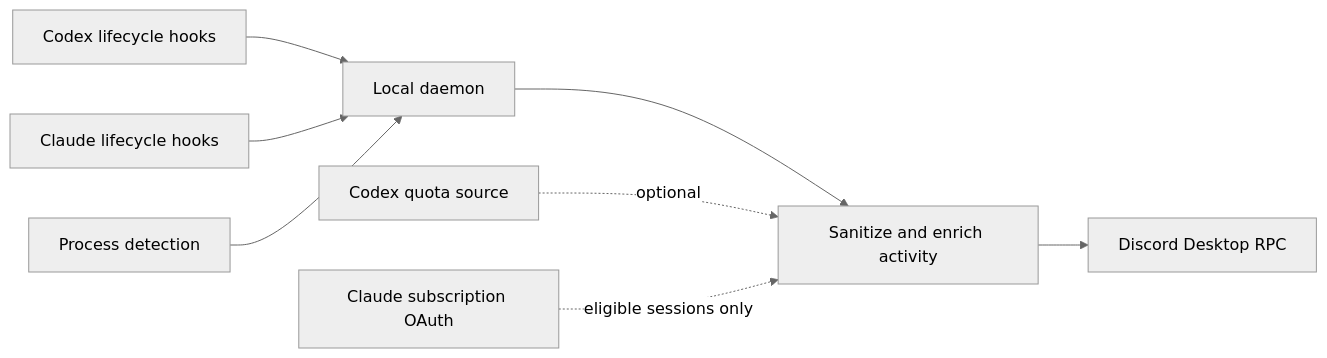
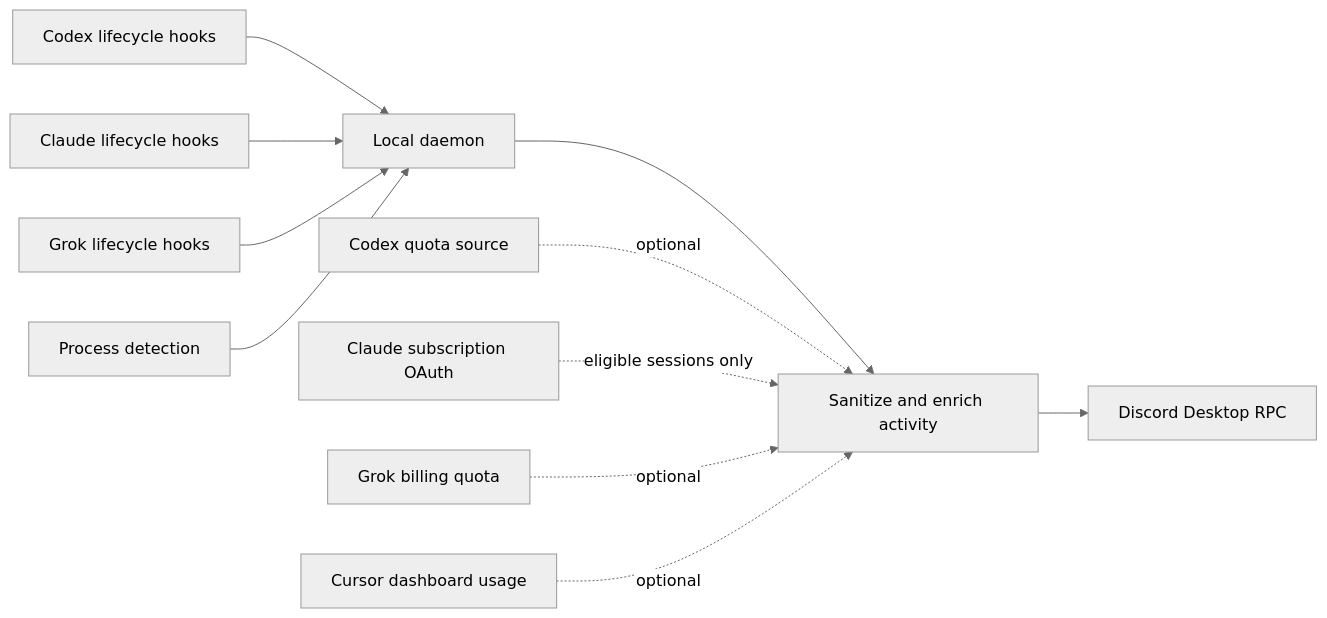
Before and after one commit to howznguyen/discord-coding-status: the diagram in README.md, drawn with Mermaid (neutral theme). The commit also changed other lines of this file and 11 other files, not shown here.

First line of the commit message:
feat(cursor): add Cursor provider and quota

````diff
--- a/README.md
+++ b/README.md
@@ -45,10 +45,13 @@
 ```mermaid
 flowchart LR
     H["Codex lifecycle hooks"] --> D["Local daemon"]
     C["Claude lifecycle hooks"] --> D
+    G["Grok lifecycle hooks"] --> D
     P["Process detection"] --> D
     D --> S["Sanitize and enrich activity"]
     Q["Codex quota source"] -. optional .-> S
     CQ["Claude subscription OAuth"] -. eligible sessions only .-> S
+    GRQ["Grok billing quota"] -. optional .-> S
+    CRQ["Cursor dashboard usage"] -. optional .-> S
     S --> R["Discord Desktop RPC"]
 ```
````
